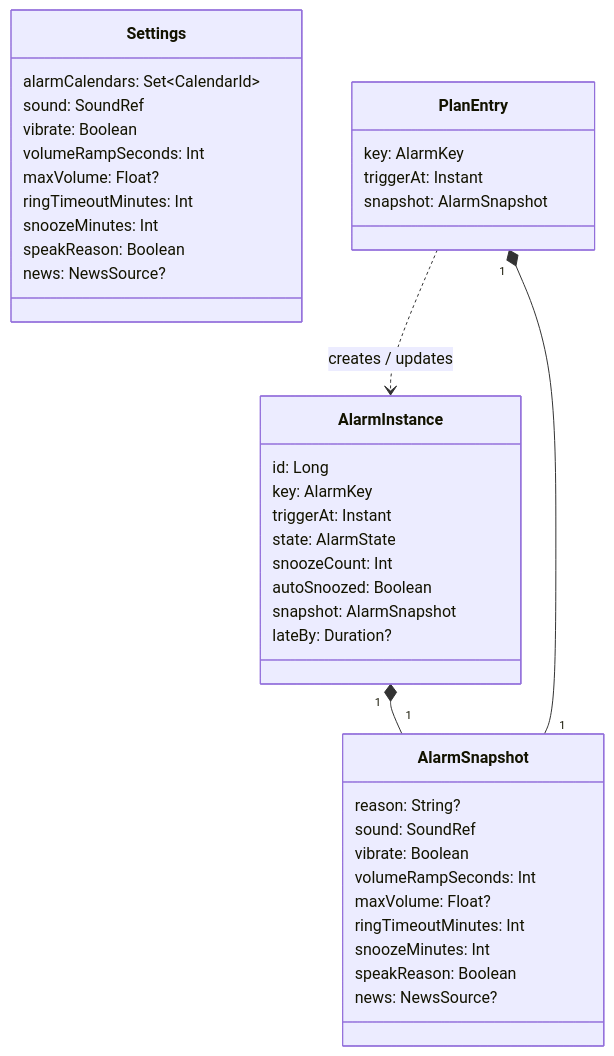
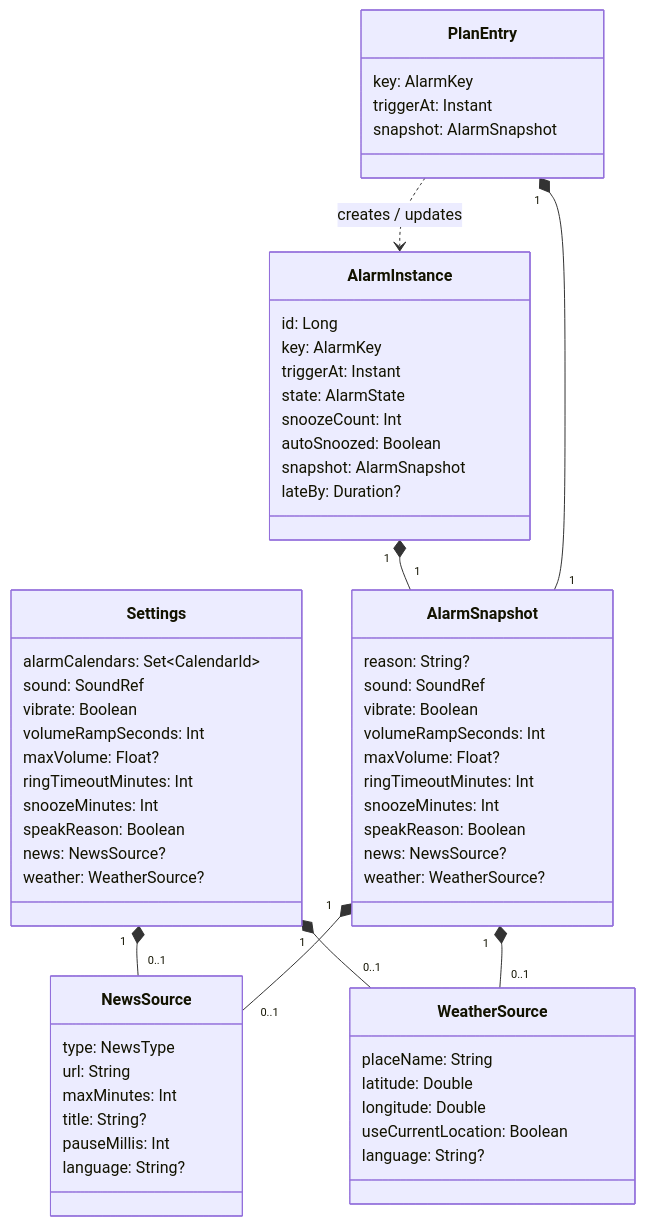
The seventh of 7 diagrams in docs/architecture.md (drehtuer/NextAlarmApp), drawn with Mermaid before and after one commit. The commit also changed other lines of this file and 78 other files, not shown here.

````diff
--- a/docs/architecture.md
+++ b/docs/architecture.md
@@ -687,43 +744,64 @@
 ```mermaid
 classDiagram
     class Settings {
         alarmCalendars: Set~CalendarId~
         sound: SoundRef
         vibrate: Boolean
         volumeRampSeconds: Int
         maxVolume: Float?
         ringTimeoutMinutes: Int
         snoozeMinutes: Int
         speakReason: Boolean
         news: NewsSource?
+        weather: WeatherSource?
     }
     class PlanEntry {
         key: AlarmKey
         triggerAt: Instant
         snapshot: AlarmSnapshot
     }
     class AlarmInstance {
         id: Long
         key: AlarmKey
         triggerAt: Instant
         state: AlarmState
         snoozeCount: Int
         autoSnoozed: Boolean
         snapshot: AlarmSnapshot
         lateBy: Duration?
     }
     class AlarmSnapshot {
         reason: String?
         sound: SoundRef
         vibrate: Boolean
         volumeRampSeconds: Int
         maxVolume: Float?
         ringTimeoutMinutes: Int
         snoozeMinutes: Int
         speakReason: Boolean
         news: NewsSource?
+        weather: WeatherSource?
+    }
+    class WeatherSource {
+        placeName: String
+        latitude: Double
+        longitude: Double
+        useCurrentLocation: Boolean
+        language: String?
+    }
+    class NewsSource {
+        type: NewsType
+        url: String
+        maxMinutes: Int
+        title: String?
+        pauseMillis: Int
+        language: String?
     }
     AlarmInstance "1" *-- "1" AlarmSnapshot
     PlanEntry "1" *-- "1" AlarmSnapshot
+    Settings "1" *-- "0..1" NewsSource
+    AlarmSnapshot "1" *-- "0..1" NewsSource
+    Settings "1" *-- "0..1" WeatherSource
+    AlarmSnapshot "1" *-- "0..1" WeatherSource
     PlanEntry ..> AlarmInstance : creates / updates
 ```
````
